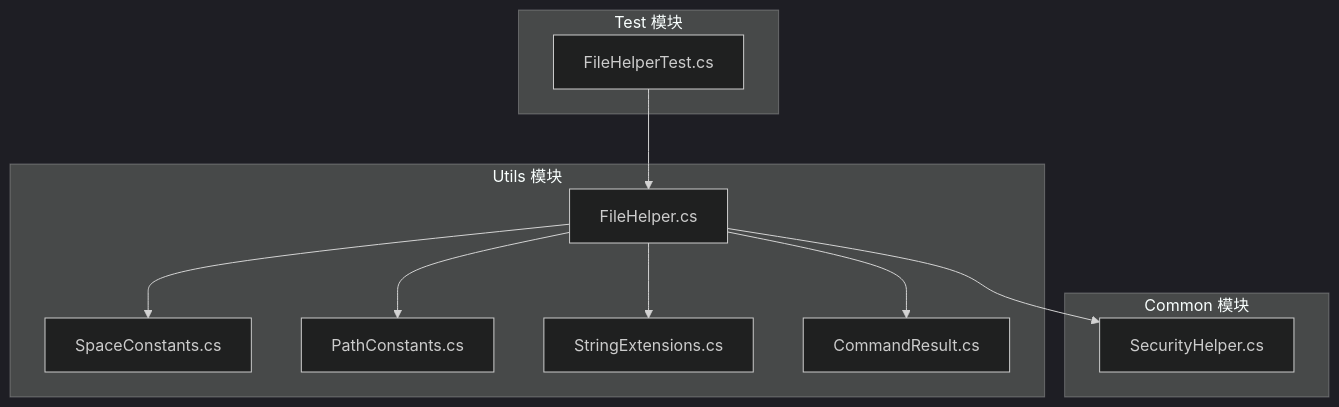
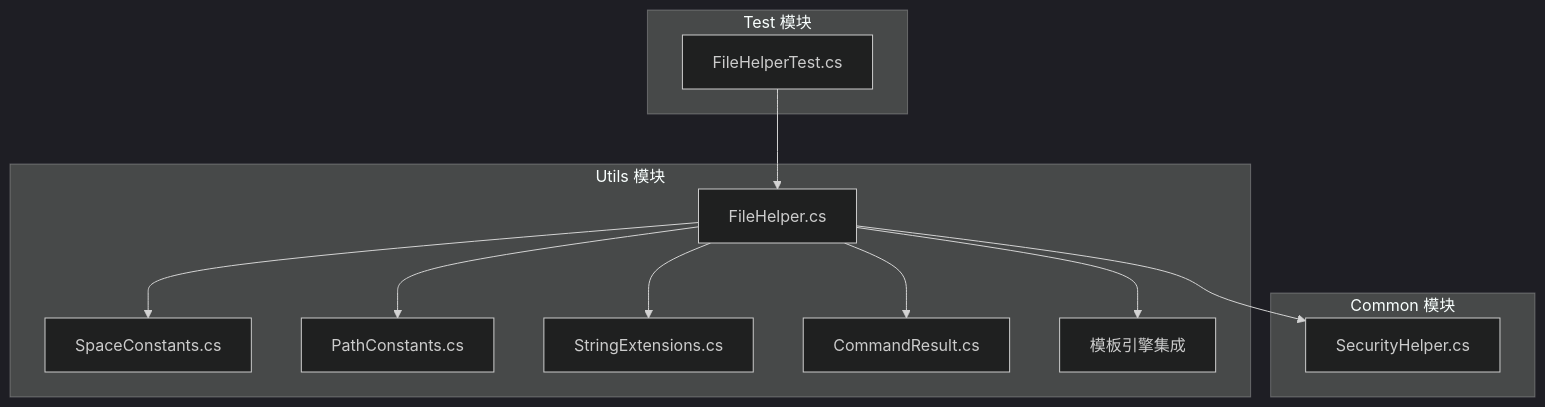
Before and after one commit to Sosososolong/AirGo: the first of 7 diagrams in .qoder/repowiki/zh/content/项目概述/核心特性/工具库系统/文件操作工具/文件操作工具.md, drawn with Mermaid (dark theme). The commit also changed other lines of this file and 3 other files, not shown here.

````diff
--- a/.qoder/repowiki/zh/content/项目概述/核心特性/工具库系统/文件操作工具/文件操作工具.md
+++ b/.qoder/repowiki/zh/content/项目概述/核心特性/工具库系统/文件操作工具/文件操作工具.md
@@ -35,22 +48,24 @@
 ```mermaid
 graph TB
 subgraph "Utils 模块"
 FH["FileHelper.cs"]
 SC["SpaceConstants.cs"]
 PC["PathConstants.cs"]
 SE["StringExtensions.cs"]
 CR["CommandResult.cs"]
+TE["模板引擎集成"]
 end
 subgraph "Common 模块"
 SH["SecurityHelper.cs"]
 end
 subgraph "Test 模块"
 FHT["FileHelperTest.cs"]
 end
 FH --> SC
 FH --> PC
 FH --> SE
 FH --> CR
+FH --> TE
 FH --> SH
 FHT --> FH
 ```
````
